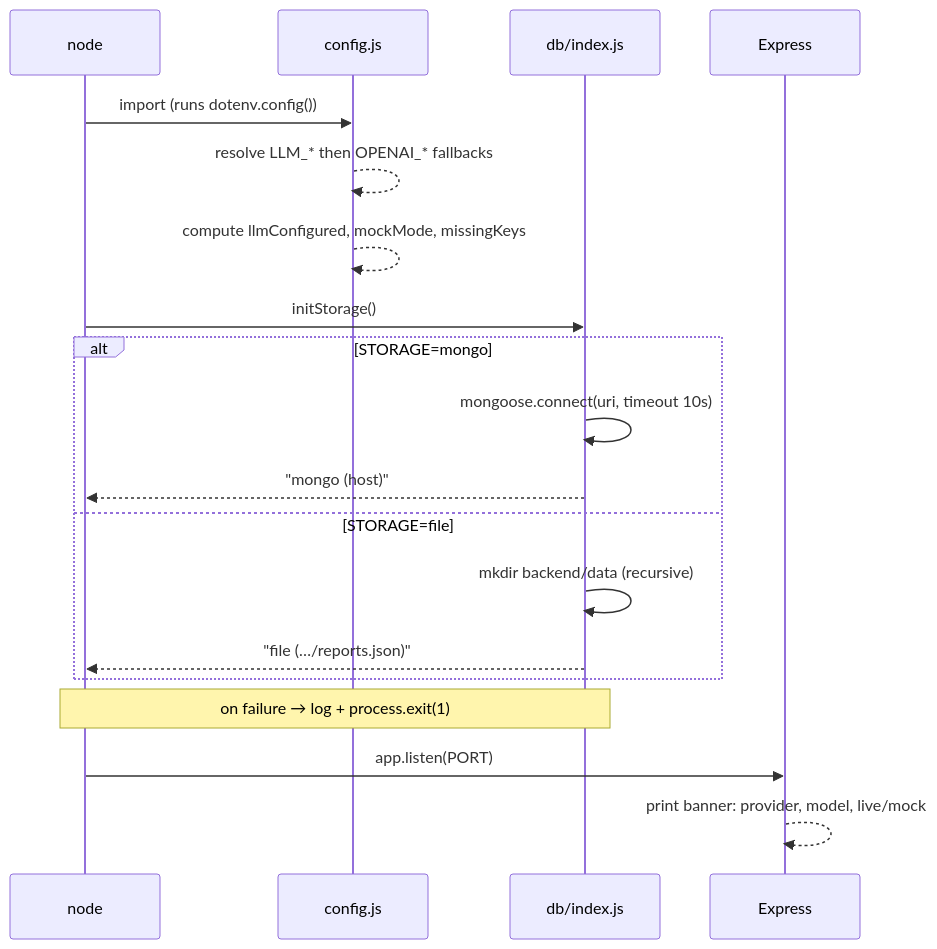
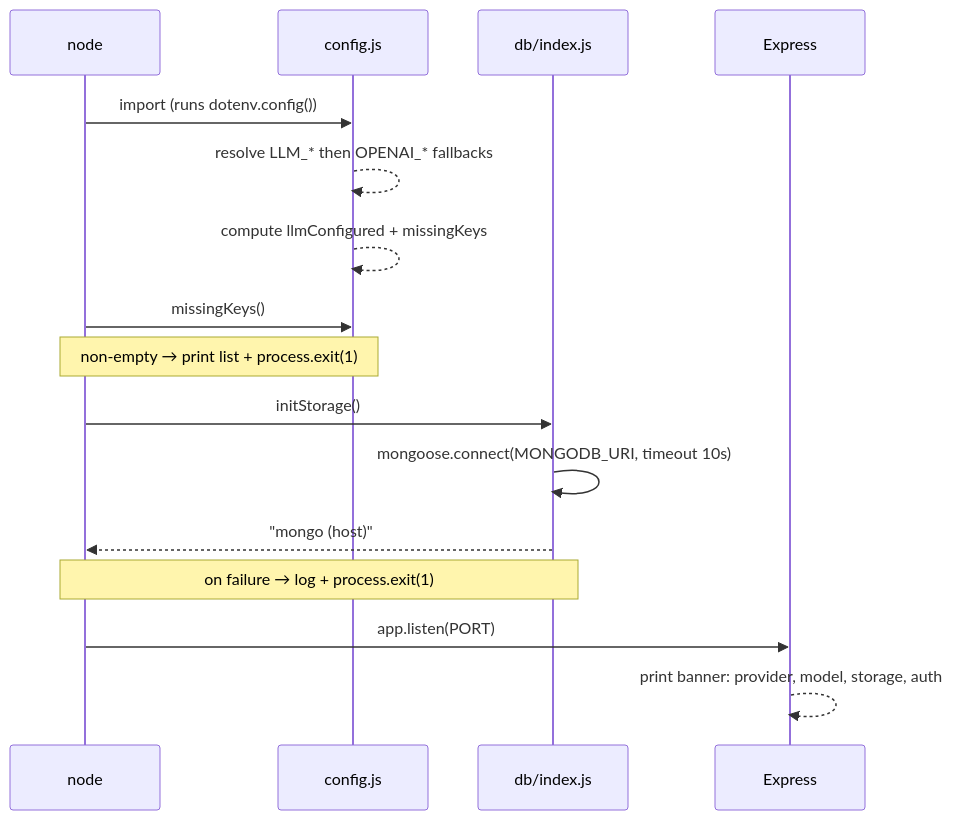
Before and after one commit to AlphaBeast97/deep-research-ai-platform: the third of 16 diagrams in docs/ARCHITECTURE.md, drawn with Mermaid. The commit also changed other lines of this file and 23 other files, not shown here.

First line of the commit message:
feat: add Clerk auth, make MongoDB the only store, delete mock mode

````diff
--- a/docs/ARCHITECTURE.md
+++ b/docs/ARCHITECTURE.md
@@ -284,22 +278,19 @@
 ```mermaid
 sequenceDiagram
     participant N as node
     participant C as config.js
     participant D as db/index.js
     participant E as Express
 
     N->>C: import (runs dotenv.config())
     C-->>C: resolve LLM_* then OPENAI_* fallbacks
-    C-->>C: compute llmConfigured, mockMode, missingKeys
+    C-->>C: compute llmConfigured + missingKeys
+    N->>C: missingKeys()
+    Note over N,C: non-empty → print list + process.exit(1)
     N->>D: initStorage()
-    alt STORAGE=mongo
-        D->>D: mongoose.connect(uri, timeout 10s)
-        D-->>N: "mongo (host)"
-    else STORAGE=file
-        D->>D: mkdir backend/data (recursive)
-        D-->>N: "file (…/reports.json)"
-    end
+    D->>D: mongoose.connect(MONGODB_URI, timeout 10s)
+    D-->>N: "mongo (host)"
     Note over D,N: on failure → log + process.exit(1)
     N->>E: app.listen(PORT)
-    E-->>E: print banner: provider, model, live/mock
+    E-->>E: print banner: provider, model, storage, auth
 ```
````
